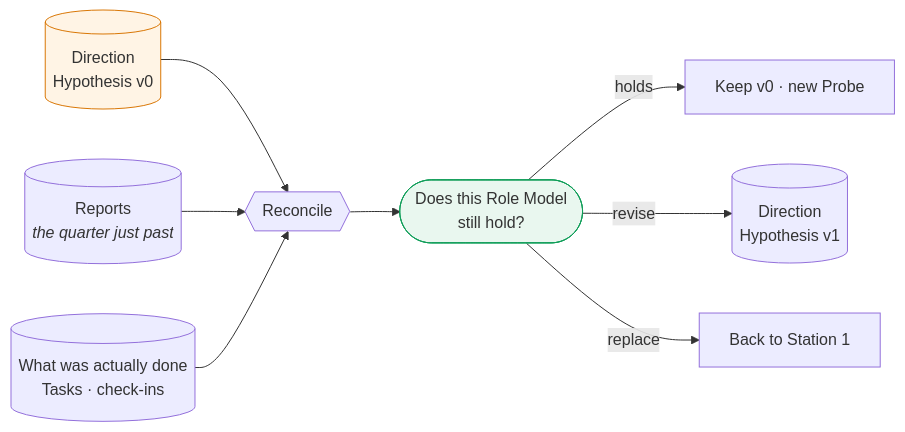
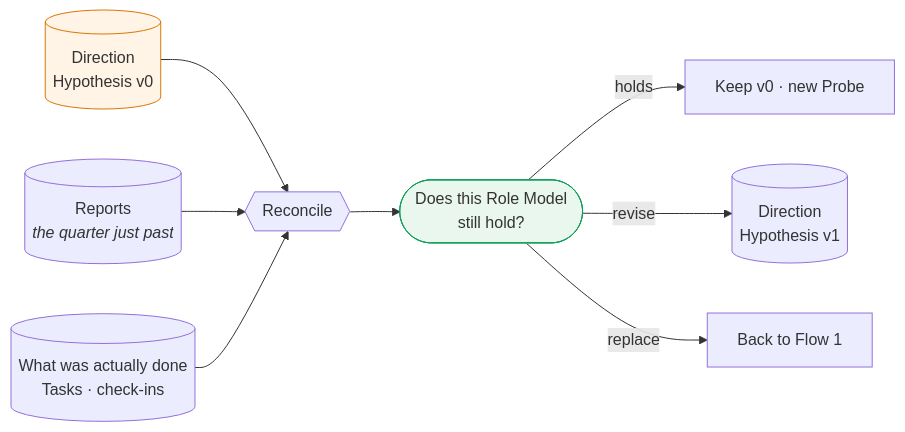
The fourth of 6 diagrams in SYSTEM-DESIGN.md (Quasar-Gang/guru-design), drawn with Mermaid before and after one commit. The commit also changed other lines of this file and 9 other files, not shown here.

First line of the commit message:
docs: restructure around the two-flow concept, adopt the submission template

````diff
--- a/SYSTEM-DESIGN.md
+++ b/SYSTEM-DESIGN.md
@@ -438,14 +471,14 @@
 ```mermaid
 flowchart LR
     HY0[("Direction<br/>Hypothesis v0")] --> CMP{{"Reconcile"}}
     RP2[("Reports<br/><i>the quarter just past</i>")] --> CMP
     EXEC[("What was actually done<br/>Tasks · check-ins")] --> CMP
 
     CMP --> Q(["Does this Role Model<br/>still hold?"])
     Q -->|"holds"| KEEP["Keep v0 · new Probe"]
     Q -->|"revise"| V1[("Direction<br/>Hypothesis v1")]
-    Q -->|"replace"| S1["Back to Station 1"]
+    Q -->|"replace"| S1["Back to Flow 1"]
 
     style HY0 fill:#fff4e5,stroke:#D97706
     style Q fill:#e9f7ef,stroke:#0F9D58
 ```
````
